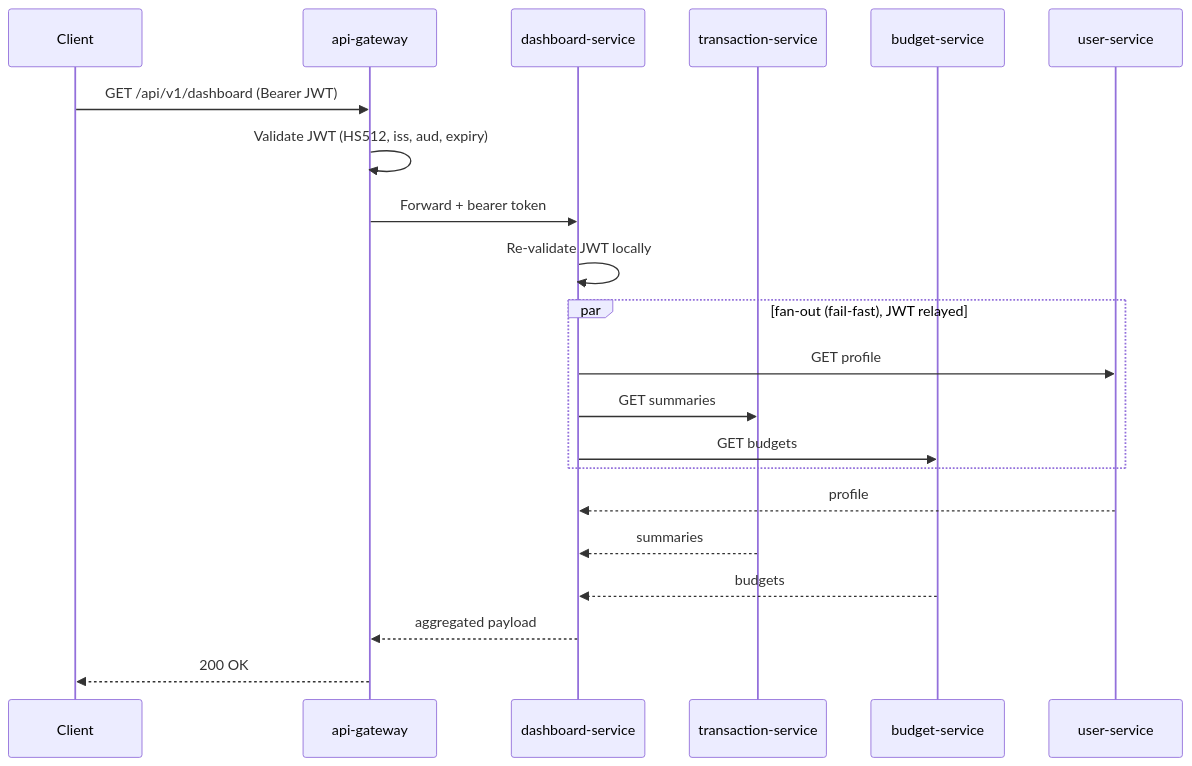
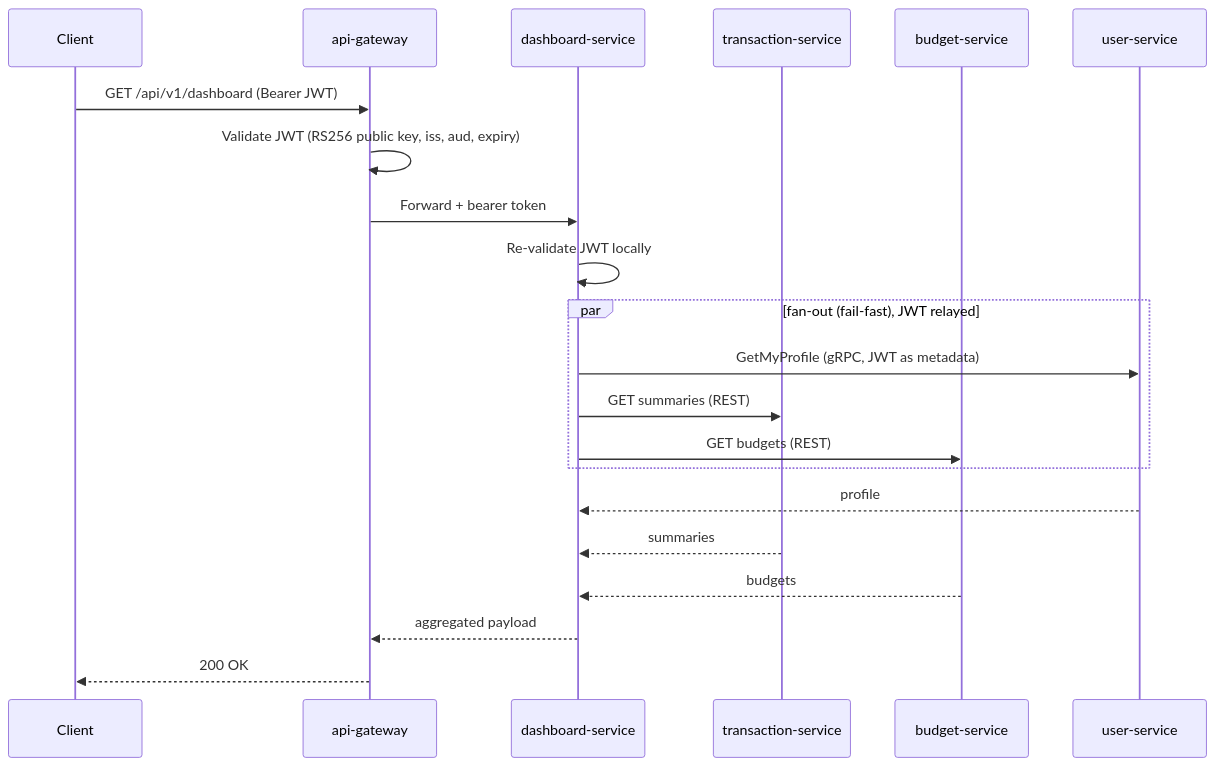
One commit to Trieu-hub/finsight-platform changed the third of 4 diagrams in docs/architecture.md. Above: the diagram before and after it, drawn with Mermaid. The commit also changed other lines of this file and 20 other files, not shown here.

Commit message:
feat(grpc): dashboard BFF fetches user profile from user-service over Spring gRPC (JWT relayed as metadata)

````diff
--- a/docs/architecture.md
+++ b/docs/architecture.md
@@ -182,24 +183,24 @@
 ```mermaid
 sequenceDiagram
   participant C as Client
   participant GW as api-gateway
   participant D as dashboard-service
   participant T as transaction-service
   participant B as budget-service
   participant U as user-service
 
   C->>GW: GET /api/v1/dashboard (Bearer JWT)
-  GW->>GW: Validate JWT (HS512, iss, aud, expiry)
+  GW->>GW: Validate JWT (RS256 public key, iss, aud, expiry)
   GW->>D: Forward + bearer token
   D->>D: Re-validate JWT locally
   par fan-out (fail-fast), JWT relayed
-    D->>U: GET profile
-    D->>T: GET summaries
-    D->>B: GET budgets
+    D->>U: GetMyProfile (gRPC, JWT as metadata)
+    D->>T: GET summaries (REST)
+    D->>B: GET budgets (REST)
   end
   U-->>D: profile
   T-->>D: summaries
   B-->>D: budgets
   D-->>GW: aggregated payload
   GW-->>C: 200 OK
 ```
````
